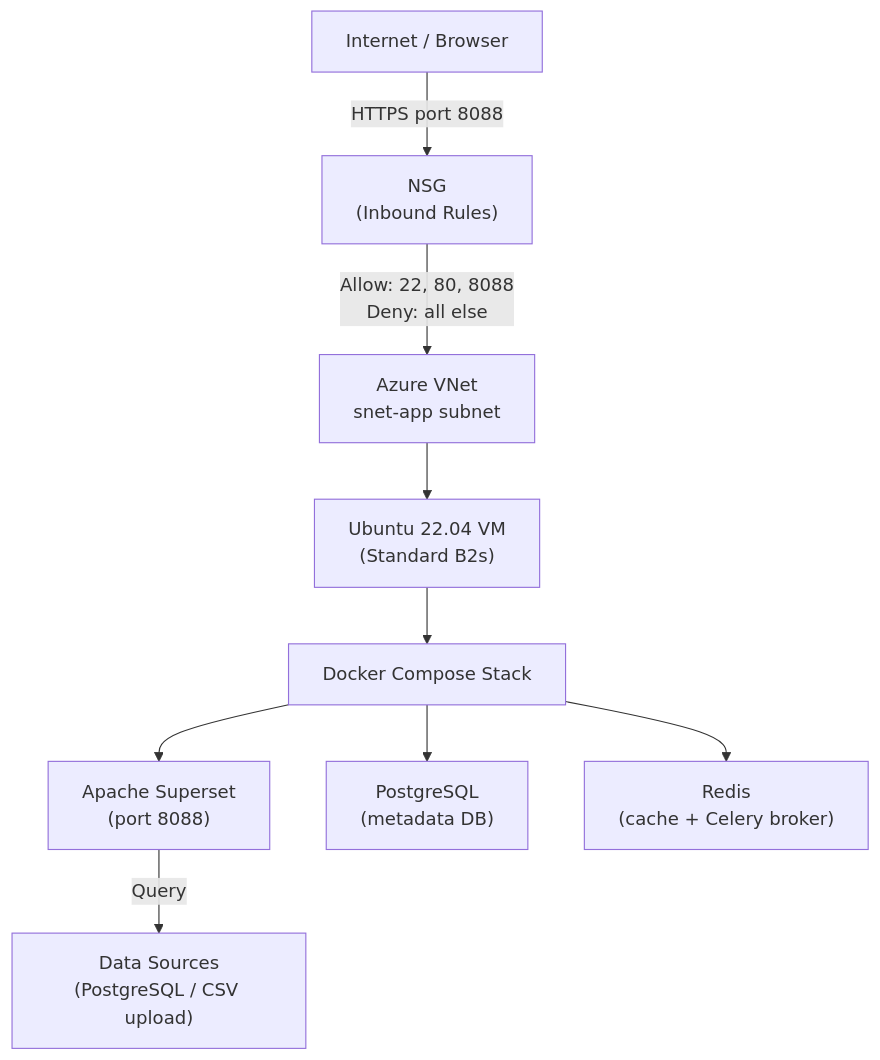
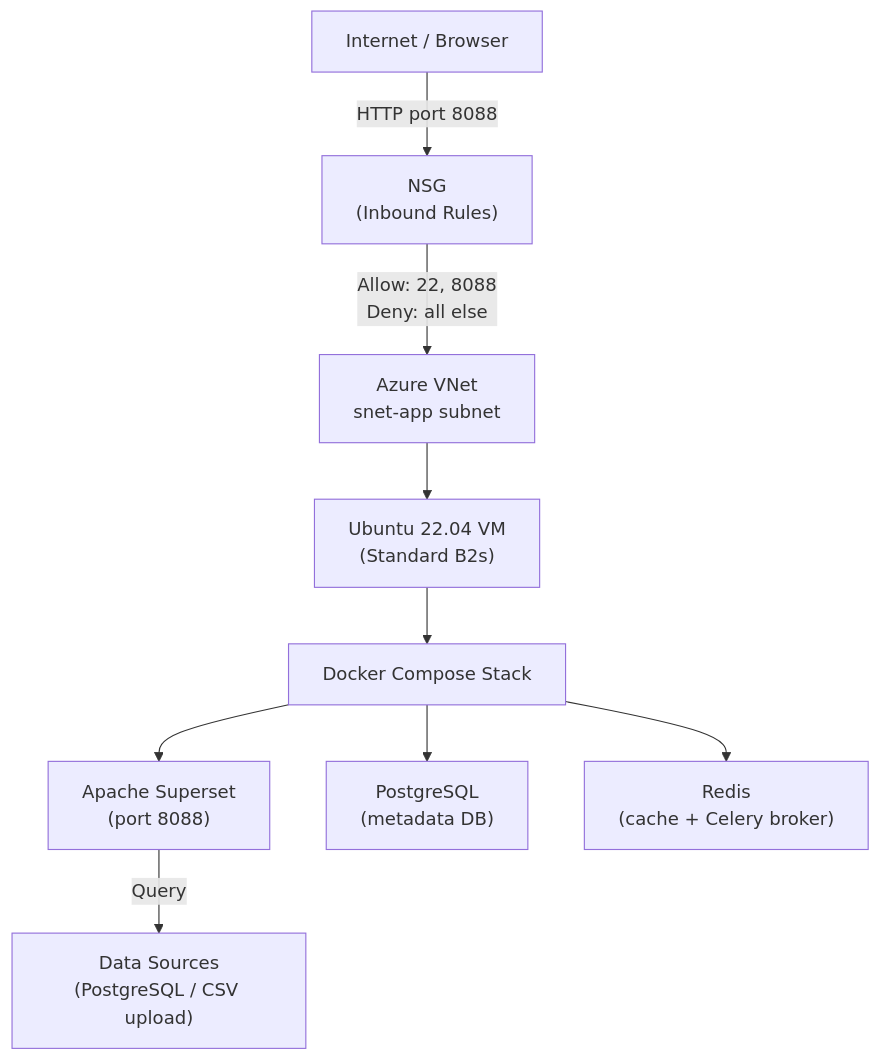
Before and after one commit to lfariabr/masters-swe-ai: the diagram in 2026-T1/CCF/assignments/Assessment3/ApacheSuperset/CCF501_Assessment3_Report_Skeleton.md, drawn with Mermaid. The commit also changed other lines of this file and 8 other files, not shown here.

````diff
--- a/2026-T1/CCF/assignments/Assessment3/ApacheSuperset/CCF501_Assessment3_Report_Skeleton.md
+++ b/2026-T1/CCF/assignments/Assessment3/ApacheSuperset/CCF501_Assessment3_Report_Skeleton.md
@@ -63,11 +62,11 @@
 ```mermaid
 graph TD
-    A["Internet / Browser"] -->|"HTTPS port 8088"| B["NSG\n(Inbound Rules)"]
-    B -->|"Allow: 22, 80, 8088\nDeny: all else"| C["Azure VNet\nsnet-app subnet"]
+    A["Internet / Browser"] -->|"HTTP port 8088"| B["NSG\n(Inbound Rules)"]
+    B -->|"Allow: 22, 8088\nDeny: all else"| C["Azure VNet\nsnet-app subnet"]
     C --> D["Ubuntu 22.04 VM\n(Standard B2s)"]
     D --> E["Docker Compose Stack"]
     E --> F["Apache Superset\n(port 8088)"]
     E --> G["PostgreSQL\n(metadata DB)"]
     E --> H["Redis\n(cache + Celery broker)"]
     F -->|"Query"| I["Data Sources\n(PostgreSQL / CSV upload)"]
 ```
````
